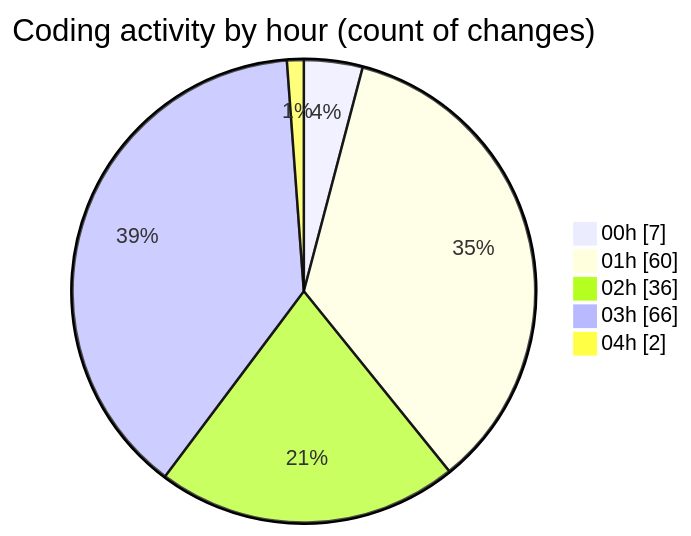
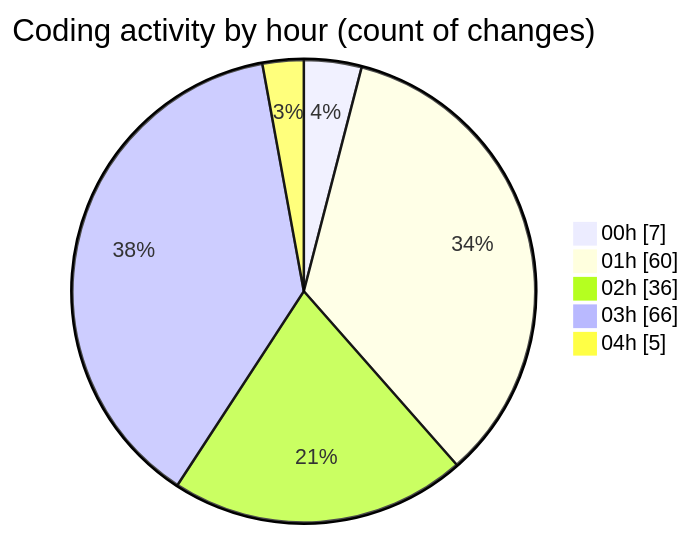
Before and after one commit to julien-gomy/code-tracking: the second of 2 diagrams in 2025-10-07/eventscop-frontend-guide__workspace_/README.md, drawn with Mermaid. The commit also changed other lines of this file and 1 other file, not shown here.

````diff
--- a/2025-10-07/eventscop-frontend-guide__workspace_/README.md
+++ b/2025-10-07/eventscop-frontend-guide__workspace_/README.md
@@ -93,9 +93,9 @@
 ```mermaid
 pie showData
 title Coding activity by hour (count of changes)
 "00h" : 7
 "01h" : 60
 "02h" : 36
 "03h" : 66
-"04h" : 2
+"04h" : 5
 ```
````
